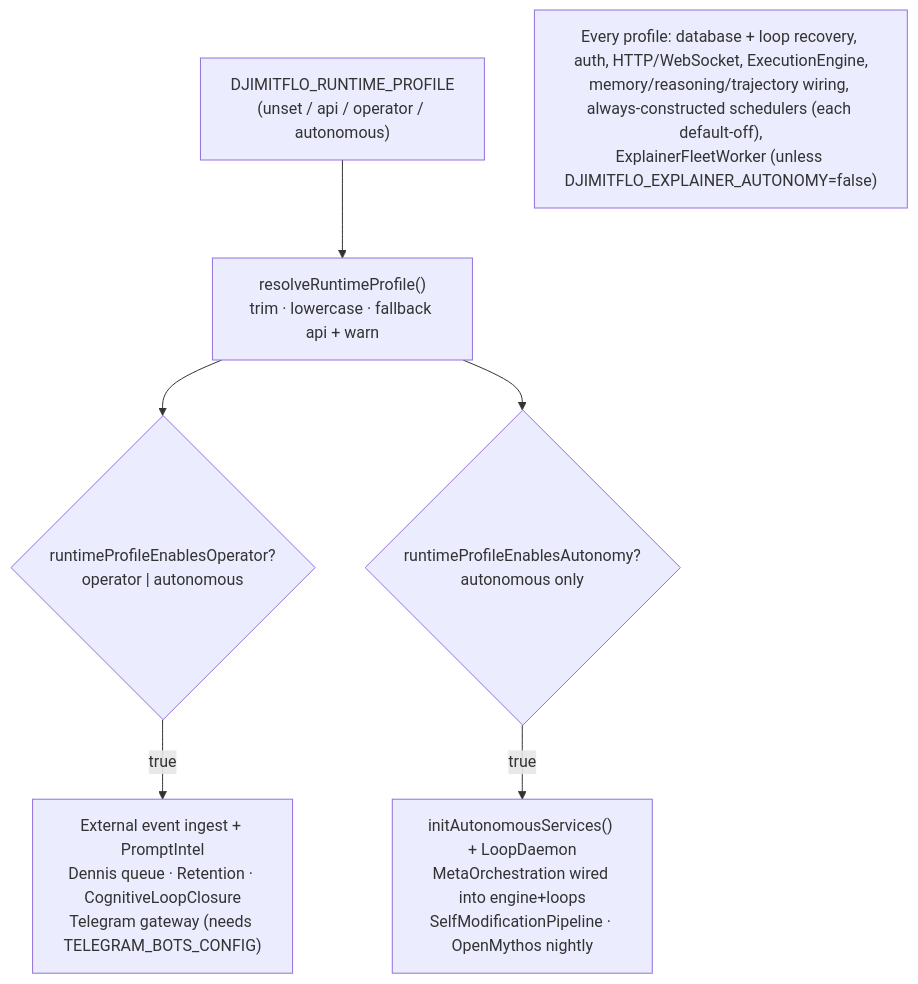
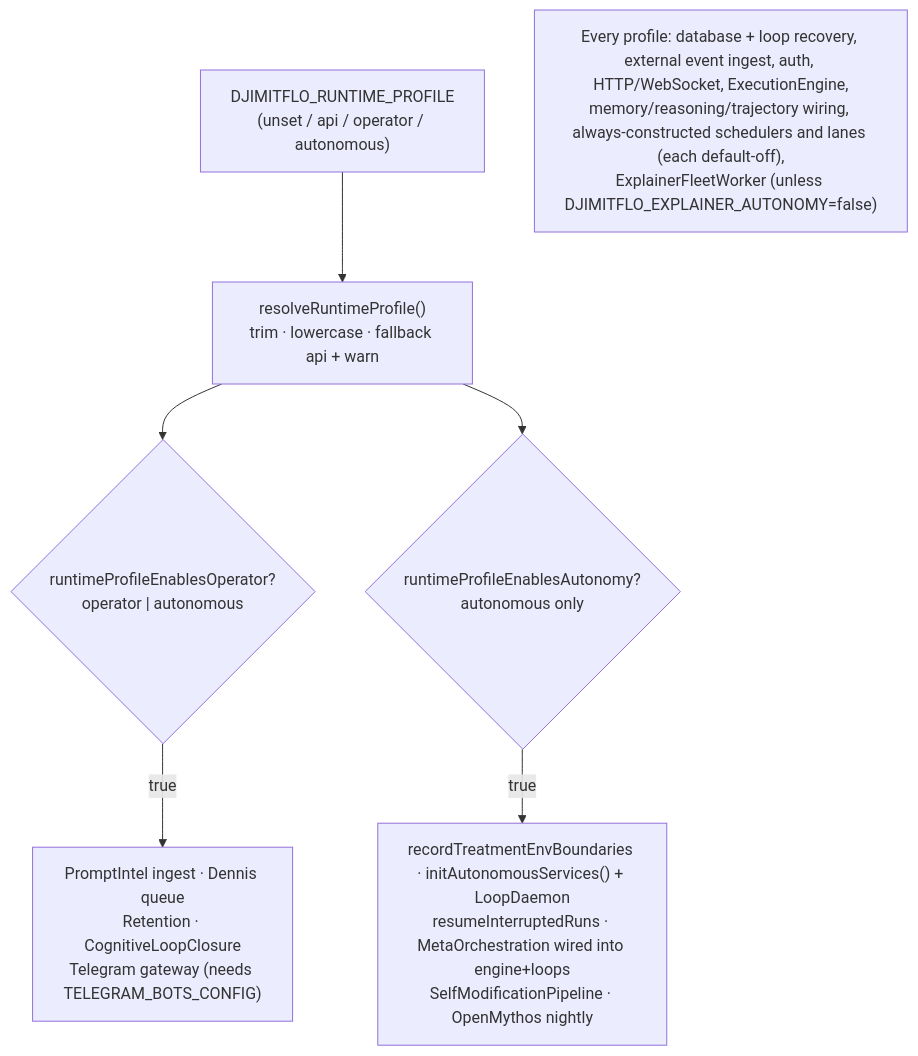
One commit to djimit/djimitflo changed the diagram in openwiki/architecture/runtime-profiles.md. Above: the diagram before and after it, drawn with Mermaid. The commit also changed other lines of this file and 45 other files, not shown here.

````diff
--- a/openwiki/architecture/runtime-profiles.md
+++ b/openwiki/architecture/runtime-profiles.md
@@ -76,9 +76,9 @@
 ```mermaid
 flowchart TD
     ENV["DJIMITFLO_RUNTIME_PROFILE<br/>(unset / api / operator / autonomous)"] --> RES["resolveRuntimeProfile()<br/>trim · lowercase · fallback api + warn"]
     RES --> OP{"runtimeProfileEnablesOperator?<br/>operator | autonomous"}
     RES --> AU{"runtimeProfileEnablesAutonomy?<br/>autonomous only"}
-    OP -->|true| OPSVCS["External event ingest + PromptIntel<br/>Dennis queue · Retention · CognitiveLoopClosure<br/>Telegram gateway (needs TELEGRAM_BOTS_CONFIG)"]
-    AU -->|true| AUSVCS["initAutonomousServices() + LoopDaemon<br/>MetaOrchestration wired into engine+loops<br/>SelfModificationPipeline · OpenMythos nightly"]
-    ALL["Every profile: database + loop recovery, auth, HTTP/WebSocket, ExecutionEngine,<br/>memory/reasoning/trajectory wiring, always-constructed schedulers (each default-off),<br/>ExplainerFleetWorker (unless DJIMITFLO_EXPLAINER_AUTONOMY=false)"]
+    OP -->|true| OPSVCS["PromptIntel ingest · Dennis queue<br/>Retention · CognitiveLoopClosure<br/>Telegram gateway (needs TELEGRAM_BOTS_CONFIG)"]
+    AU -->|true| AUSVCS["recordTreatmentEnvBoundaries · initAutonomousServices() + LoopDaemon<br/>resumeInterruptedRuns · MetaOrchestration wired into engine+loops<br/>SelfModificationPipeline · OpenMythos nightly"]
+    ALL["Every profile: database + loop recovery, external event ingest, auth, HTTP/WebSocket, ExecutionEngine,<br/>memory/reasoning/trajectory wiring, always-constructed schedulers and lanes (each default-off),<br/>ExplainerFleetWorker (unless DJIMITFLO_EXPLAINER_AUTONOMY=false)"]
 ```
````
